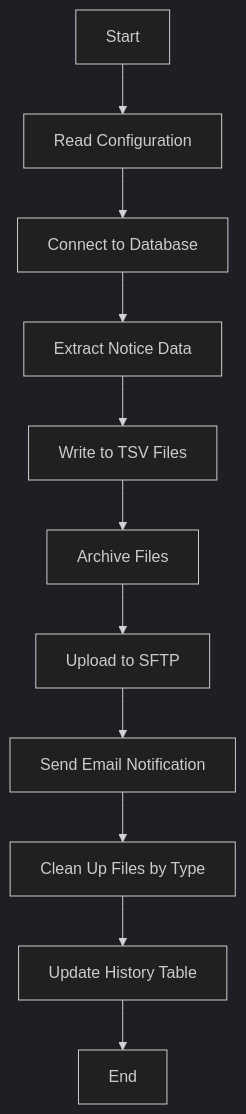
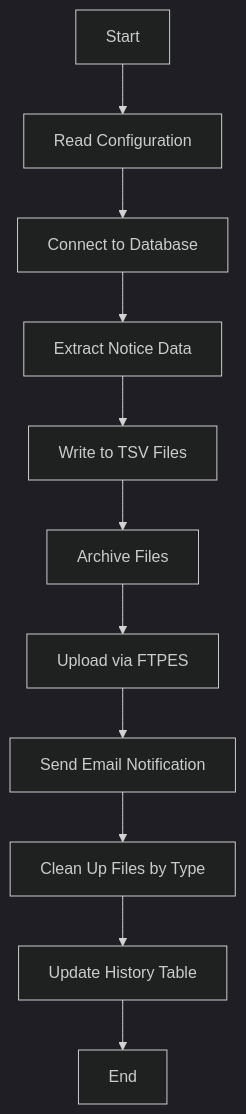
The diagram in README.md (Bibliomation-Inc/shoutbomb-extract), drawn with Mermaid (dark theme) before and after one commit. The commit also changed other lines of this file and 9 other files, not shown here.

Commit message:
Refactor SFTP functionality to FTPES: update README, configuration, and...

````diff
--- a/README.md
+++ b/README.md
@@ -204,13 +205,13 @@
 ```mermaid
 flowchart TD
     A[Start] --> B[Read Configuration]
     B --> C[Connect to Database]
     C --> D[Extract Notice Data]
     D --> E[Write to TSV Files]
     E --> F[Archive Files]
-    F --> G[Upload to SFTP]
+    F --> G[Upload via FTPES]
     G --> H[Send Email Notification]
     H --> I[Clean Up Files by Type]
     I --> J[Update History Table]
     J --> K[End]
 ```
````
